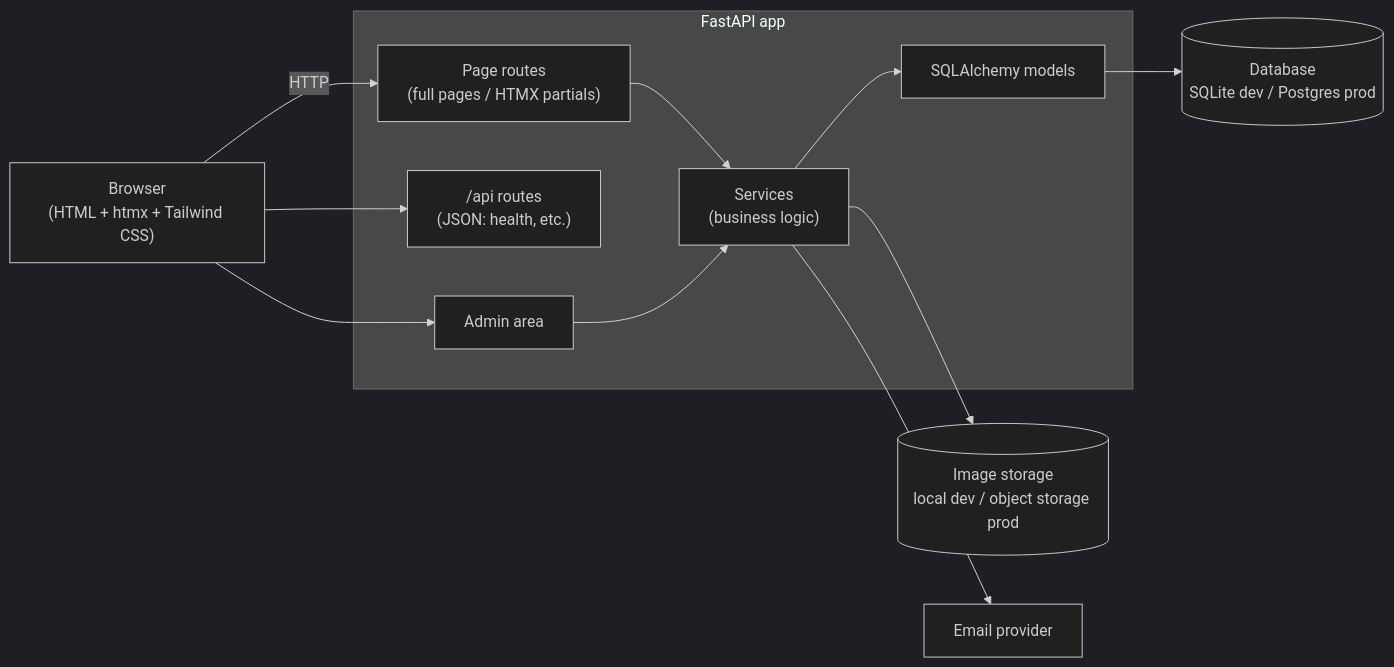
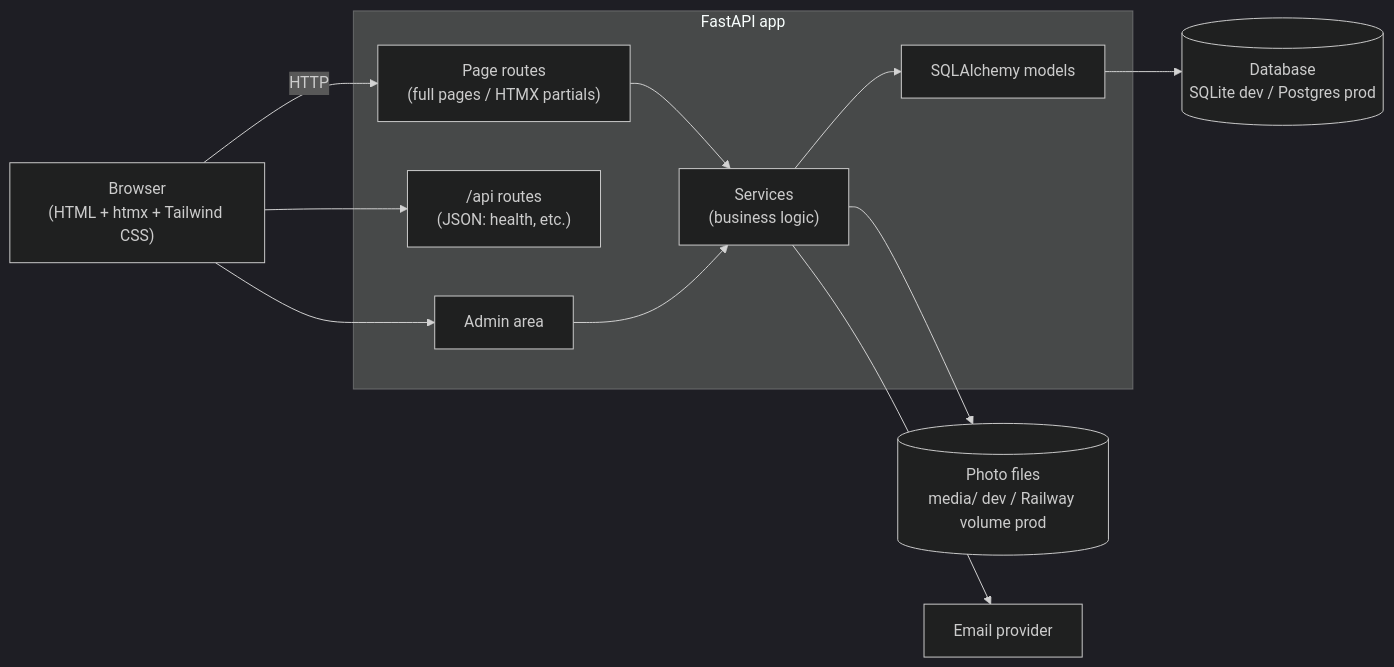
Before and after one commit to zarekcodes/makarios-luxury: the first of 2 diagrams in docs/ARCHITECTURE.md, drawn with Mermaid (dark theme). The commit also changed other lines of this file and 13 other files, not shown here.

````diff
--- a/docs/ARCHITECTURE.md
+++ b/docs/ARCHITECTURE.md
@@ -9,23 +9,23 @@
 ```mermaid
 flowchart LR
     Browser["Browser<br/>(HTML + htmx + Tailwind CSS)"]
     subgraph Server["FastAPI app"]
         Pages["Page routes<br/>(full pages / HTMX partials)"]
         API["/api routes<br/>(JSON: health, etc.)"]
         Admin["Admin area"]
         Services["Services<br/>(business logic)"]
         Models["SQLAlchemy models"]
     end
     DB[("Database<br/>SQLite dev / Postgres prod")]
-    Media[("Image storage<br/>local dev / object storage prod")]
+    Media[("Photo files<br/>media/ dev / Railway volume prod")]
     Email["Email provider"]
 
     Browser -->|HTTP| Pages
     Browser --> API
     Browser --> Admin
     Pages --> Services
     Admin --> Services
     Services --> Models --> DB
     Services --> Media
     Services --> Email
 ```
````
